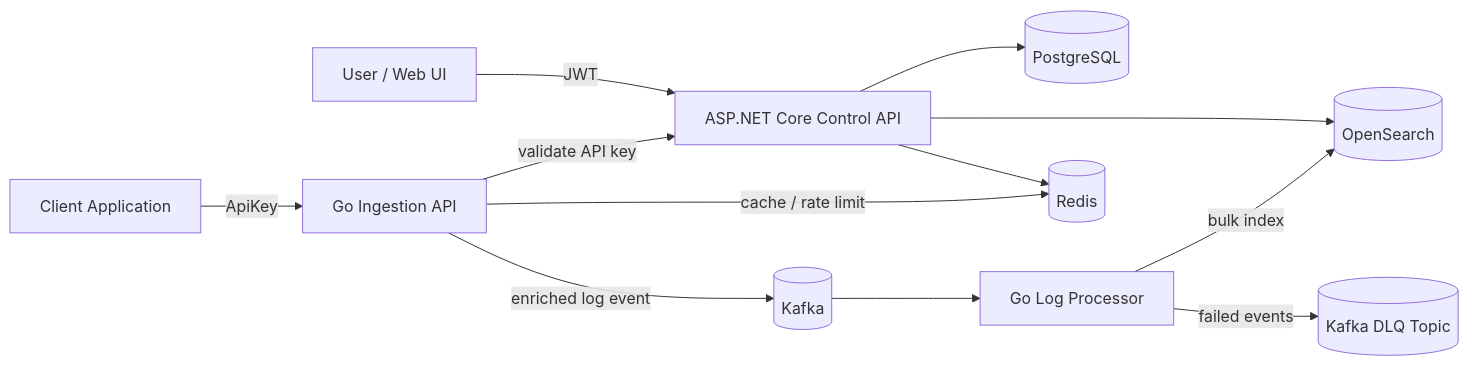
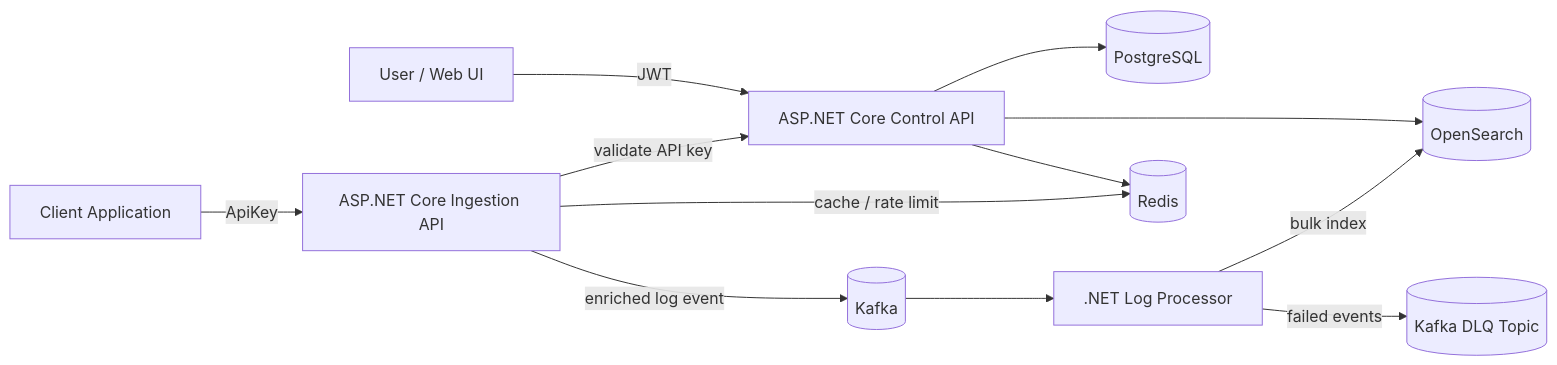
One commit to T-Hank2712/TraceFlow changed the diagram in README.md. Above: the diagram before and after it, drawn with Mermaid. The commit also changed other lines of this file and 29 other files, not shown here.

Commit message:
docs: align TraceFlow with .NET service architecture

````diff
--- a/README.md
+++ b/README.md
@@ -75,15 +74,15 @@
 ```mermaid
 flowchart LR
     User[User / Web UI] -->|JWT| ControlAPI[ASP.NET Core Control API]
     ControlAPI --> Postgres[(PostgreSQL)]
     ControlAPI --> OpenSearch[(OpenSearch)]
     ControlAPI --> Redis[(Redis)]
 
-    Client[Client Application] -->|ApiKey| Ingestion[Go Ingestion API]
+    Client[Client Application] -->|ApiKey| Ingestion[ASP.NET Core Ingestion API]
     Ingestion -->|validate API key| ControlAPI
     Ingestion -->|cache / rate limit| Redis
     Ingestion -->|enriched log event| Kafka[(Kafka)]
-    Kafka --> Processor[Go Log Processor]
+    Kafka --> Processor[.NET Log Processor]
     Processor -->|bulk index| OpenSearch
     Processor -->|failed events| DLQ[(Kafka DLQ Topic)]
 ```
````
